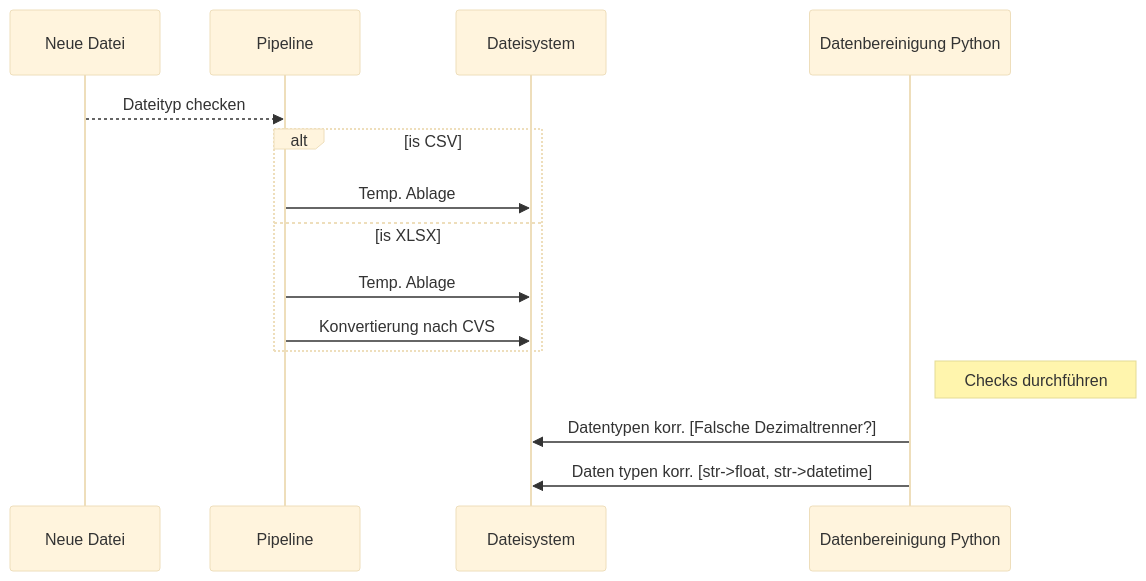
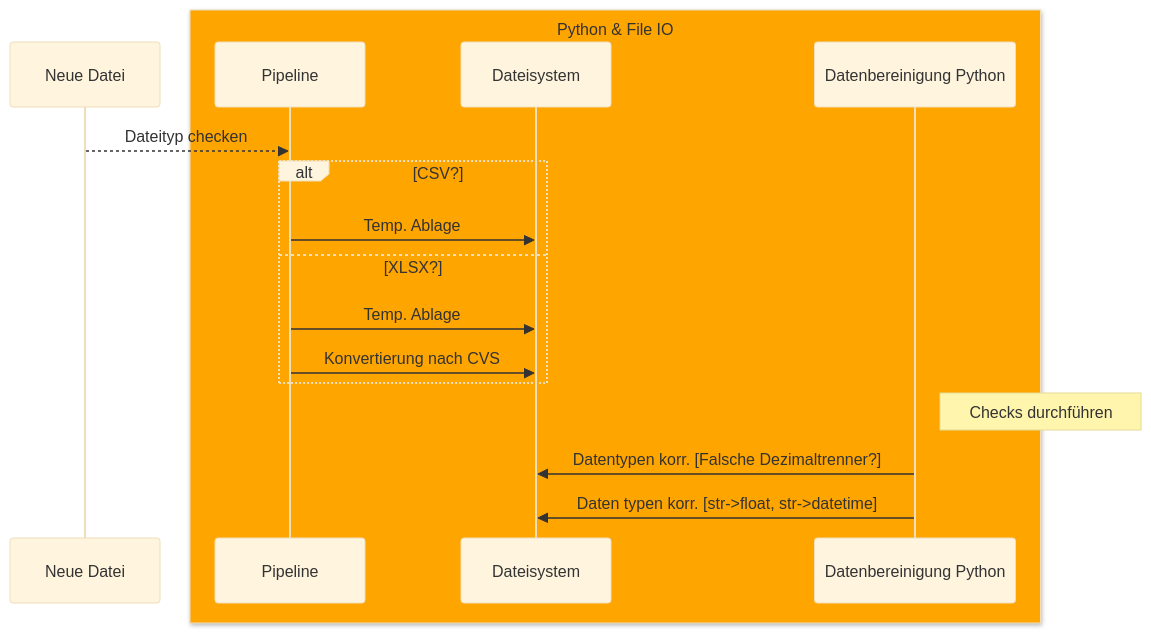
Before and after one commit to nevsglueckauf/wq: the diagram in Documentation/Data_Quality.md, drawn with Mermaid (base theme).

Commit message:
Dokumentation zur Datenbereinigung

````diff
--- a/Documentation/Data_Quality.md
+++ b/Documentation/Data_Quality.md
@@ -7,23 +7,24 @@
 ```mermaid
 sequenceDiagram
     participant inp as Neue Datei
+    box ORANGE  Python &  File IO
     participant pipe as Pipeline
     participant fs as Dateisystem
     participant sanitizer as Datenbereinigung Python
-
+    end 
     inp-->>pipe: Dateityp checken
-     alt is CSV
+     alt CSV?
             pipe->>fs: Temp. Ablage
-     else is XLSX
+     else XLSX?
             pipe->>fs: Temp. Ablage
             pipe->>fs: Konvertierung nach CVS
     end
     Note right of sanitizer: Checks durchführen
     sanitizer->>fs: Datentypen korr. [Falsche Dezimaltrenner?]
     sanitizer->>fs: Daten typen korr. [str->float, str->datetime]
     
     
 
     
 
 ```
````
